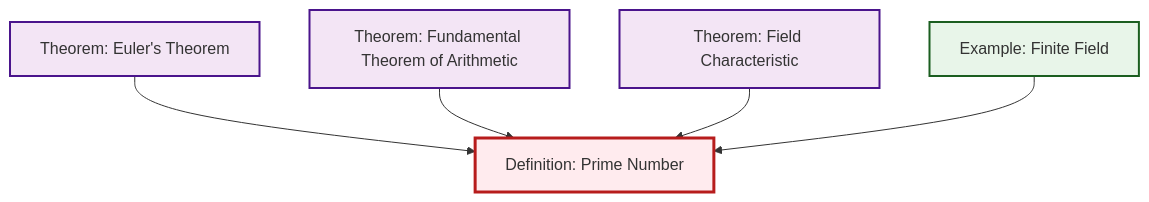
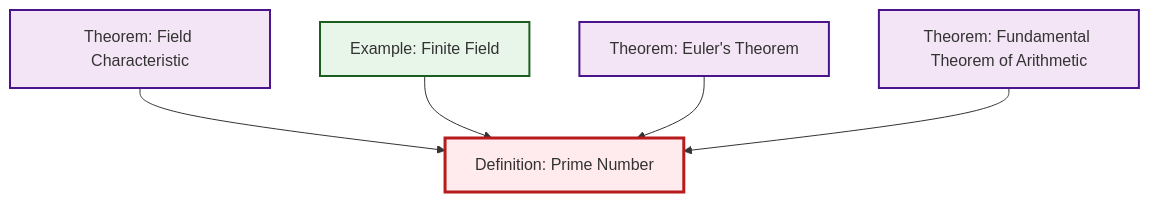
One commit to RK0429/ModernMath changed the diagram in content/ja/number-theory/def-prime.qmd. Above: the diagram before and after it, drawn with Mermaid. The commit also changed other lines of this file and 530 other files, not shown here.

````diff
--- a/content/ja/number-theory/def-prime.qmd
+++ b/content/ja/number-theory/def-prime.qmd
@@ -54,23 +54,23 @@
 ```{mermaid}
 %%| fig-cap: "Local dependency graph"
 graph TD
     classDef definition fill:#e1f5fe,stroke:#01579b,stroke-width:2px
     classDef theorem fill:#f3e5f5,stroke:#4a148c,stroke-width:2px
     classDef axiom fill:#fff3e0,stroke:#e65100,stroke-width:2px
     classDef example fill:#e8f5e9,stroke:#1b5e20,stroke-width:2px
     classDef current fill:#ffebee,stroke:#b71c1c,stroke-width:3px
+    thm-fundamental-arithmetic["Theorem: Fundamental Theorem of Arithmetic"]:::theorem
+    ex-finite-field["Example: Finite Field"]:::example
+    thm-euler["Theorem: Euler's Theorem"]:::theorem
+    thm-field-characteristic["Theorem: Field Characteristic"]:::theorem
     def-prime["Definition: Prime Number"]:::definition
-    ex-finite-field["Example: Finite Field"]:::example
-    thm-fundamental-arithmetic["Theorem: Fundamental Theorem of Arithmetic"]:::theorem
-    thm-field-characteristic["Theorem: Field Characteristic"]:::theorem
-    thm-euler["Theorem: Euler's Theorem"]:::theorem
+    thm-field-characteristic --> def-prime
+    ex-finite-field --> def-prime
     thm-euler --> def-prime
     thm-fundamental-arithmetic --> def-prime
-    thm-field-characteristic --> def-prime
-    ex-finite-field --> def-prime
     class def-prime current
+    click thm-fundamental-arithmetic "thm-fundamental-arithmetic.html" "Theorem: Fundamental Theorem of Arithmeticへ"
     click ex-finite-field "ex-finite-field.html" "Example: Finite Fieldへ"
-    click thm-fundamental-arithmetic "thm-fundamental-arithmetic.html" "Theorem: Fundamental Theorem of Arithmeticへ"
+    click thm-euler "thm-euler.html" "Theorem: Euler's Theoremへ"
     click thm-field-characteristic "thm-field-characteristic.html" "Theorem: Field Characteristicへ"
-    click thm-euler "thm-euler.html" "Theorem: Euler's Theoremへ"
 ```
````
